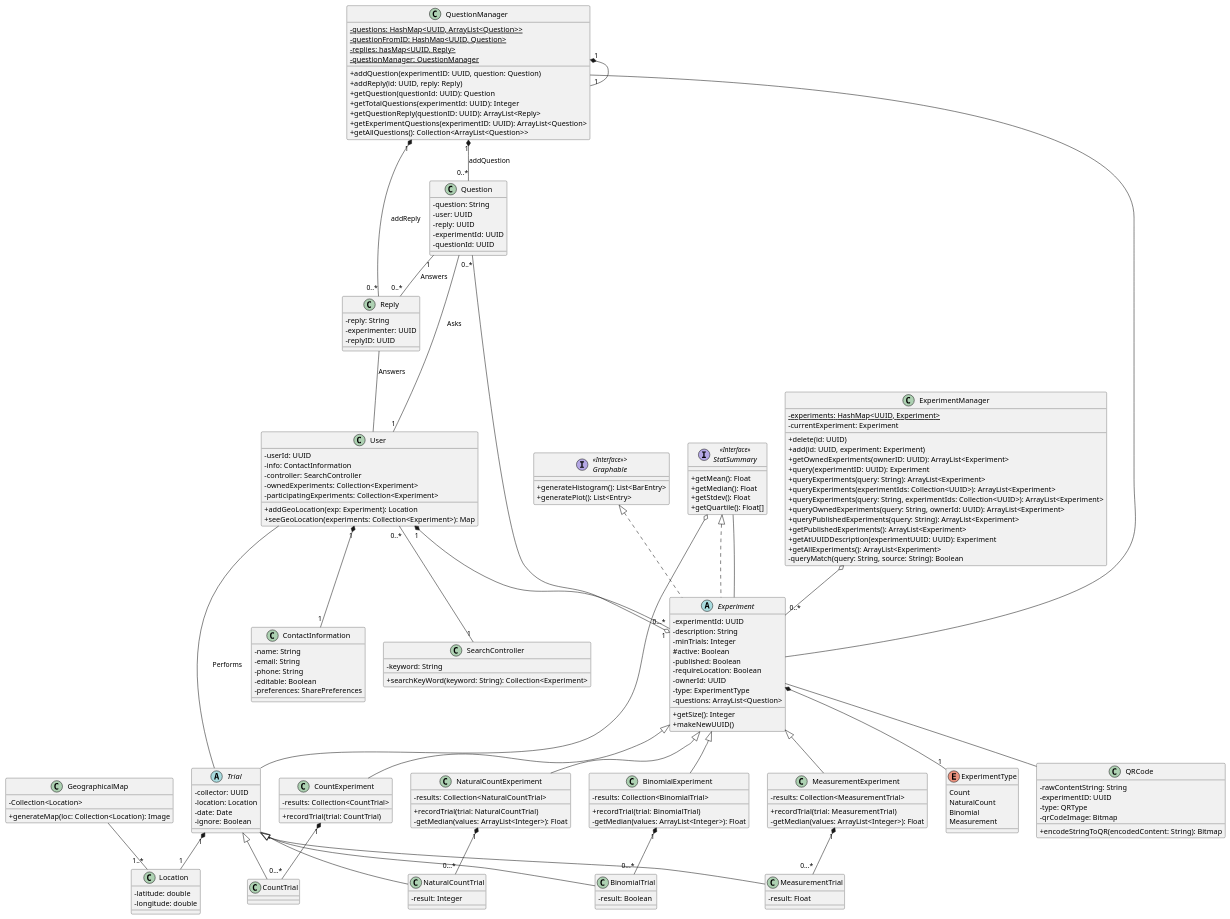
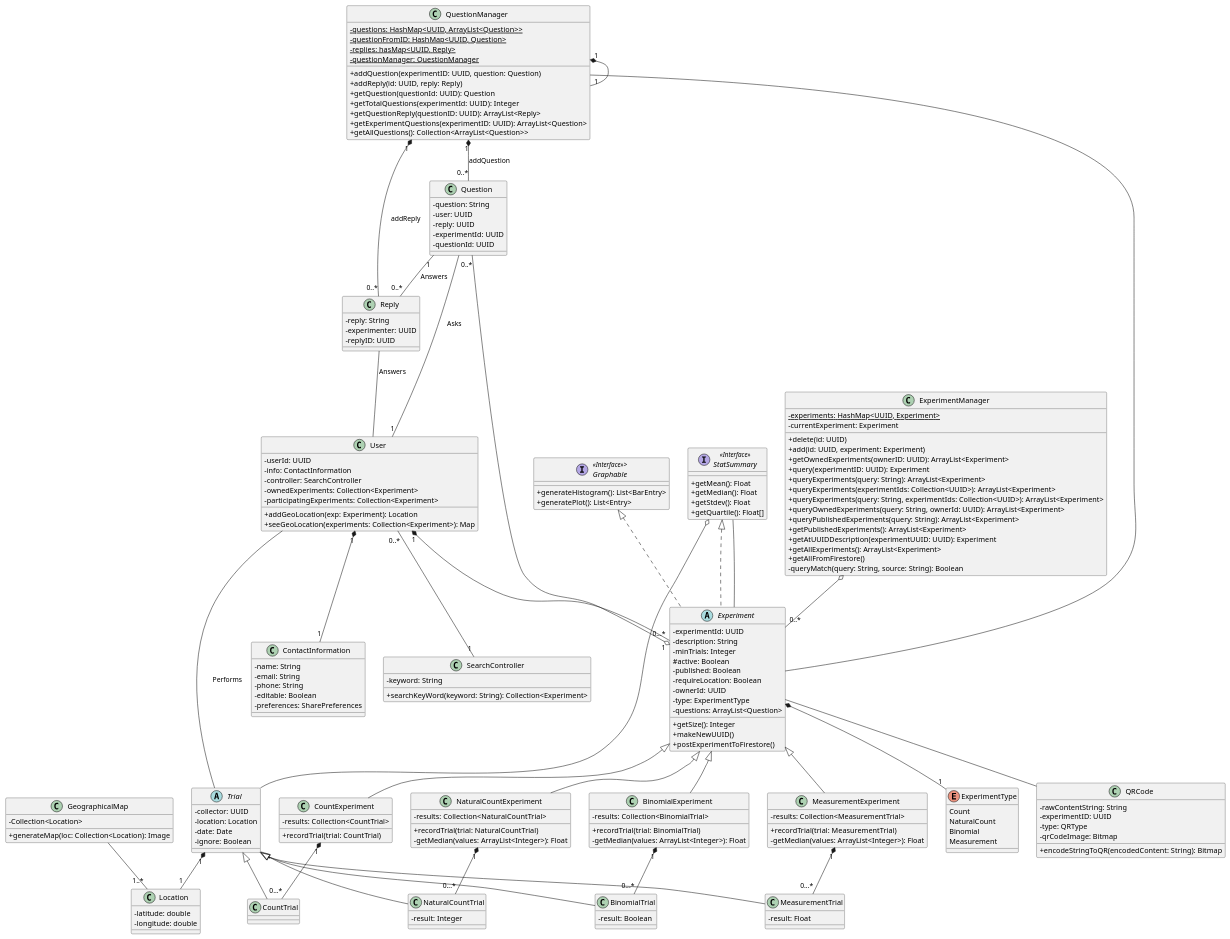
Before and after one commit to CMPUT301W21T03/Experiment-Automata: the diagram in doc/uml/uml.puml, drawn with PlantUML. The commit also changed 1 other file, not shown here.

Commit message:
updated UML

```diff
--- a/doc/uml/uml.puml
+++ b/doc/uml/uml.puml
@@ -31,6 +31,7 @@
    + getPublishedExperiments(): ArrayList<Experiment>
    + getAtUUIDDescription(experimentUUID: UUID): Experiment
    + getAllExperiments(): ArrayList<Experiment> 
+   + getAllFromFirestore()
    - queryMatch(query: String, source: String): Boolean
 }
 
@@ -103,6 +104,7 @@
     -questions: ArrayList<Question>
     +getSize(): Integer
     +makeNewUUID()
+	+postExperimentToFirestore()
 }
 
 
```
